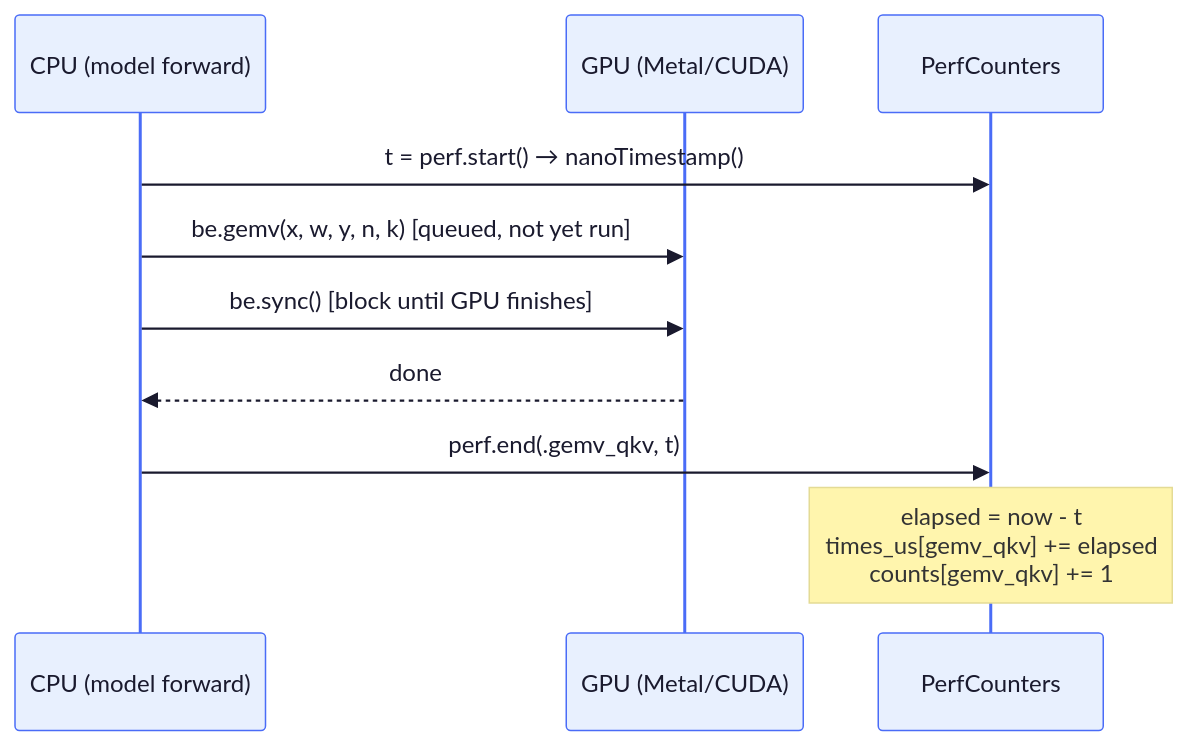
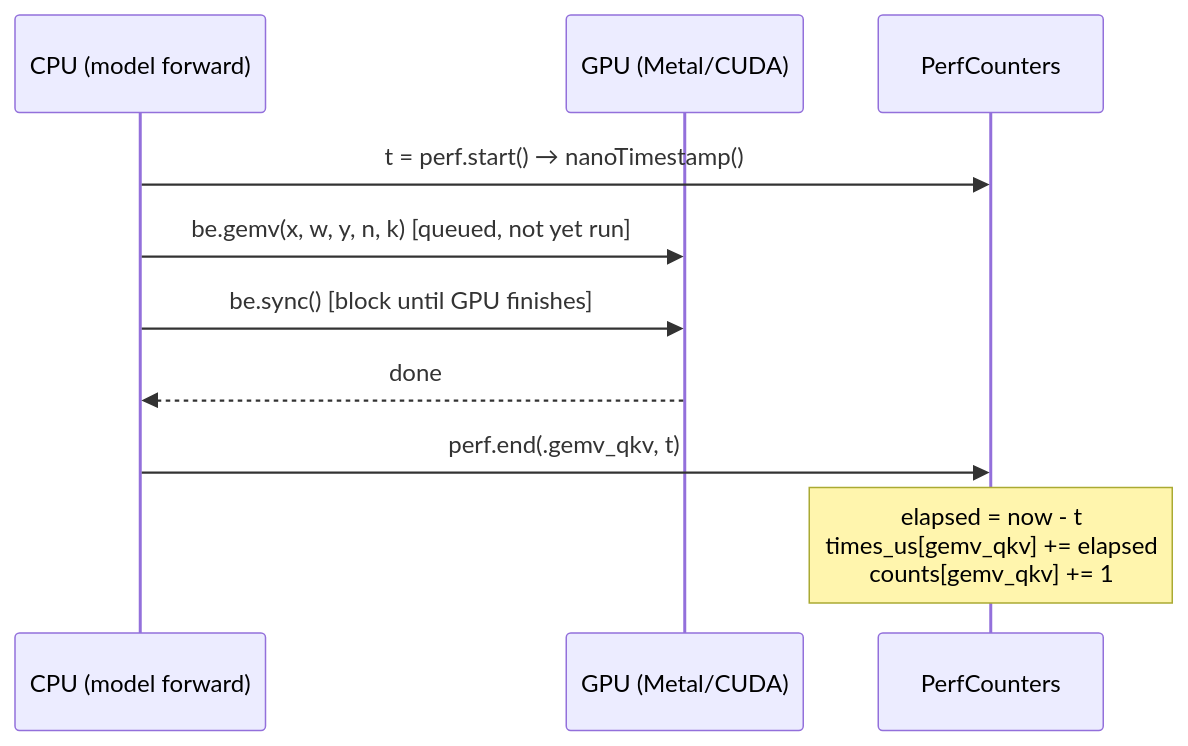
The second of 6 diagrams in docs/tutorial/appendix-profiling.md (maci0/agave), drawn with Mermaid before and after one commit. The commit also changed 11 other files, not shown here.

First line of the commit message:
fix: remove remaining %%{init:themeVariables}%% blocks from tutorial mermaid diagrams

````diff
--- a/docs/tutorial/appendix-profiling.md
+++ b/docs/tutorial/appendix-profiling.md
@@ -123,27 +123,13 @@
 ```mermaid
-%%{init: {'theme': 'base', 'themeVariables': {
-  'primaryColor': '#e8f0fe',
-  'primaryTextColor': '#1a1a2e',
-  'primaryBorderColor': '#4a6cf7',
-  'lineColor': '#4a6cf7',
-  'secondaryColor': '#f0f4ff',
-  'tertiaryColor': '#f8f9ff',
-  'edgeLabelBackground': '#ffffff',
-  'clusterBkg': '#f0f4ff',
-  'clusterBorder': '#4a6cf7',
-  'titleColor': '#1a1a2e',
-  'nodeTextColor': '#1a1a2e',
-  'fontFamily': 'ui-monospace, SFMono-Regular, monospace'
-}}}%%
 sequenceDiagram
     participant CPU as CPU (model forward)
     participant GPU as GPU (Metal/CUDA)
     participant Perf as PerfCounters
 
     CPU->>Perf: t = perf.start() → nanoTimestamp()
     CPU->>GPU: be.gemv(x, w, y, n, k)  [queued, not yet run]
     CPU->>GPU: be.sync()  [block until GPU finishes]
     GPU-->>CPU: done
     CPU->>Perf: perf.end(.gemv_qkv, t)
     Note over Perf: elapsed = now - t<br/>times_us[gemv_qkv] += elapsed<br/>counts[gemv_qkv] += 1
 ```
````
